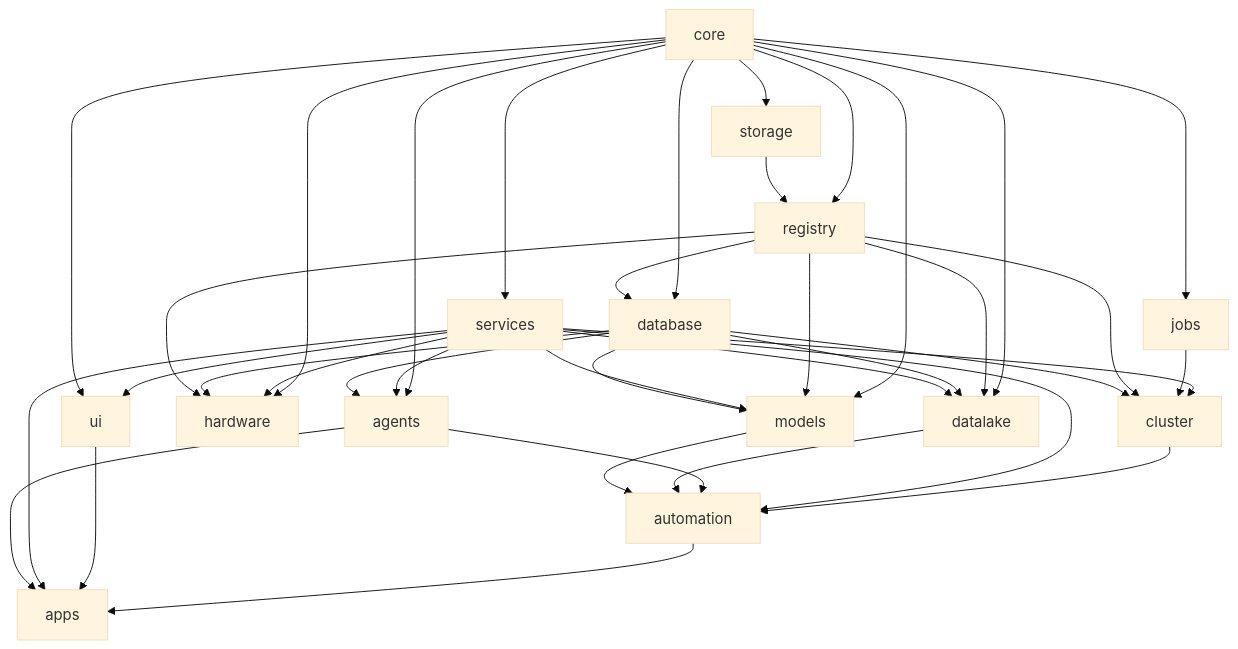
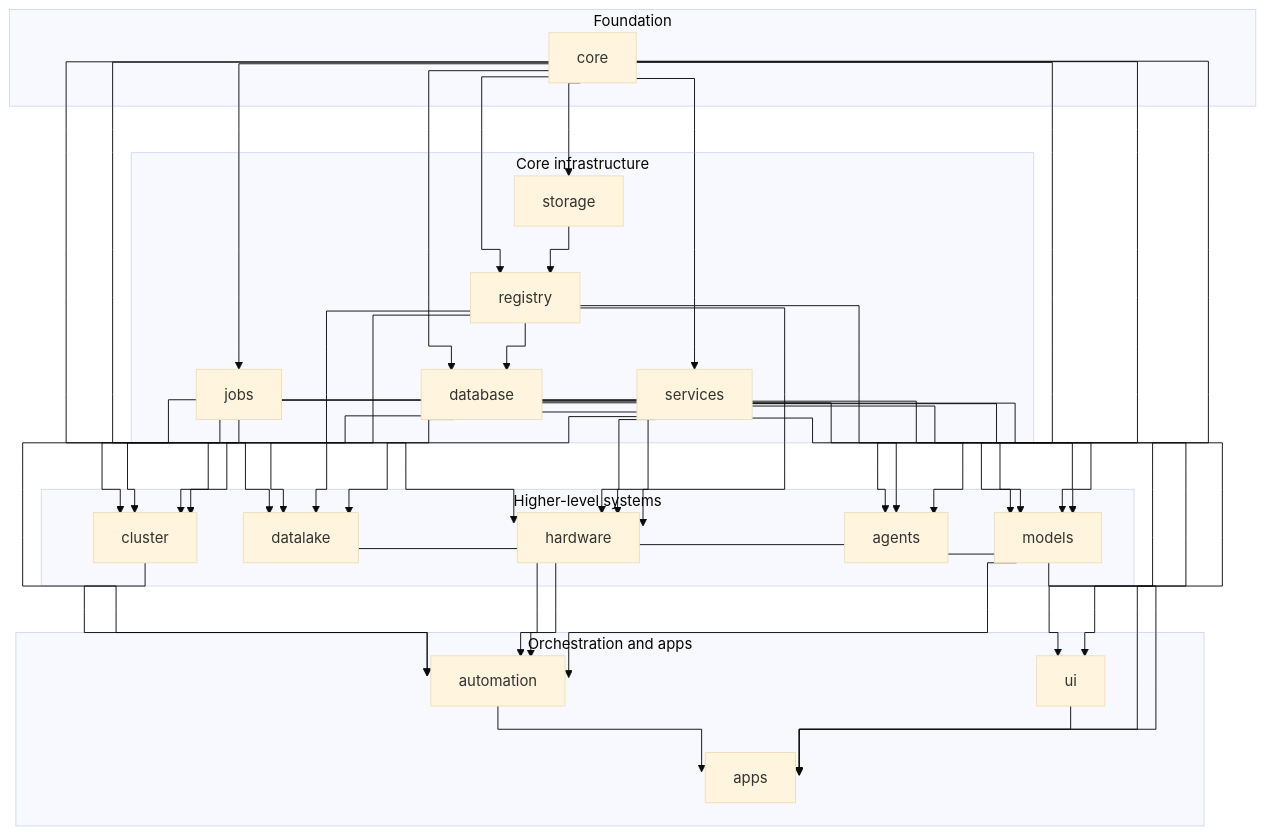
One commit to Mindtrace/mindtrace changed the diagram in README.md. Above: the diagram before and after it, drawn with Mermaid (base theme). The commit also changed other lines of this file, not shown here.

Commit message:
docs: tighten top-level module descriptions

````diff
--- a/README.md
+++ b/README.md
@@ -294,67 +294,76 @@
 ```mermaid
-graph TD
-    core[core]
+%%{init: {'flowchart': {'curve': 'stepAfter'}}}%%
+flowchart TB
+    subgraph L1[Foundation]
+        core[core]
+    end
 
-    services[services]
-    registry[registry]
-    storage[storage]
-    database[database]
-    jobs[jobs]
+    subgraph L2[Core infrastructure]
+        services[services]
+        registry[registry]
+        storage[storage]
+        database[database]
+        jobs[jobs]
+    end
 
-    cluster[cluster]
-    agents[agents]
-    hardware[hardware]
-    datalake[datalake]
-    models[models]
+    subgraph L3[Higher-level systems]
+        cluster[cluster]
+        agents[agents]
+        hardware[hardware]
+        datalake[datalake]
+        models[models]
+    end
 
-    automation[automation]
-    ui[ui]
-    apps[apps]
+    subgraph L4[Orchestration and apps]
+        automation[automation]
+        ui[ui]
+        apps[apps]
+    end
 
     core --> services
     core --> registry
     core --> storage
     core --> database
     core --> jobs
 
+    storage --> registry
     registry --> database
-    storage --> registry
-    core --> agents
-    core --> hardware
 
     services --> cluster
     jobs --> cluster
     registry --> cluster
     database --> cluster
+
+    core --> agents
+    services --> agents
+    database --> agents
+
+    core --> hardware
+    services --> hardware
+    database --> hardware
+    registry --> hardware
 
     core --> datalake
     registry --> datalake
     database --> datalake
     services --> datalake
 
     core --> models
     registry --> models
+    database --> models
     services --> models
-    database --> models
-
-    services --> hardware
-    database --> hardware
-    registry --> hardware
-
-    services --> agents
-    database --> agents
 
     cluster --> automation
     services --> automation
     agents --> automation
     datalake --> automation
     models --> automation
 
+    core --> ui
     services --> ui
-    core --> ui
 
     automation --> apps
     ui --> apps
     services --> apps
     agents --> apps
 ```
````
